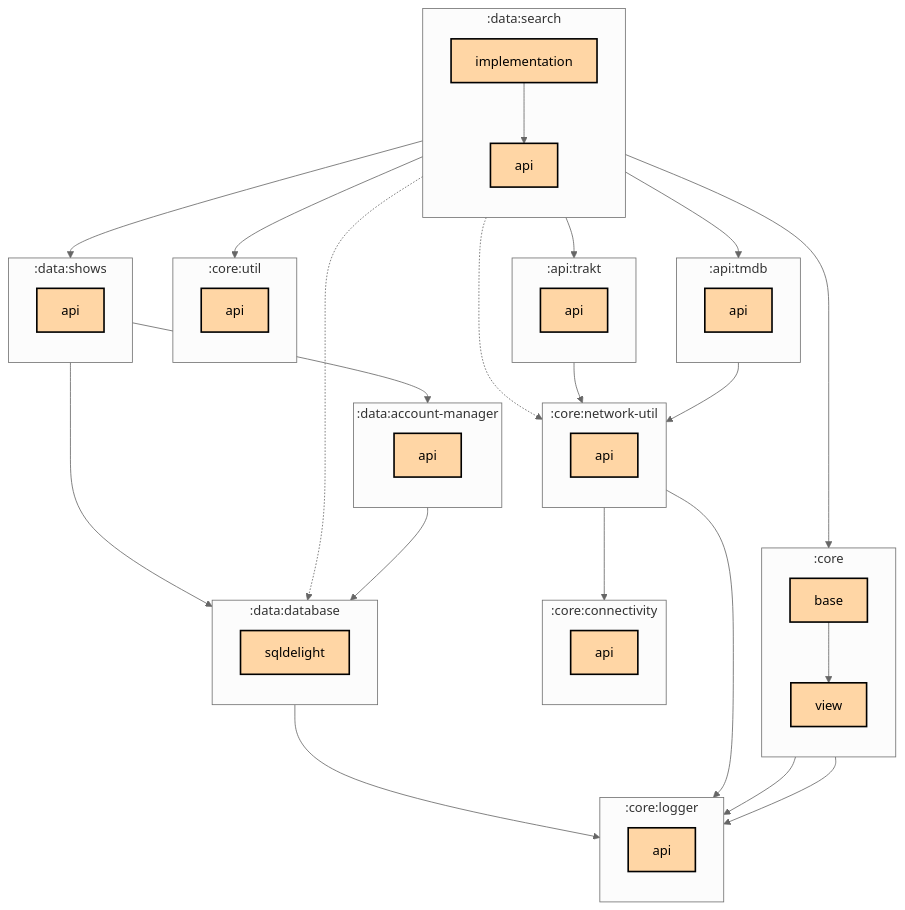
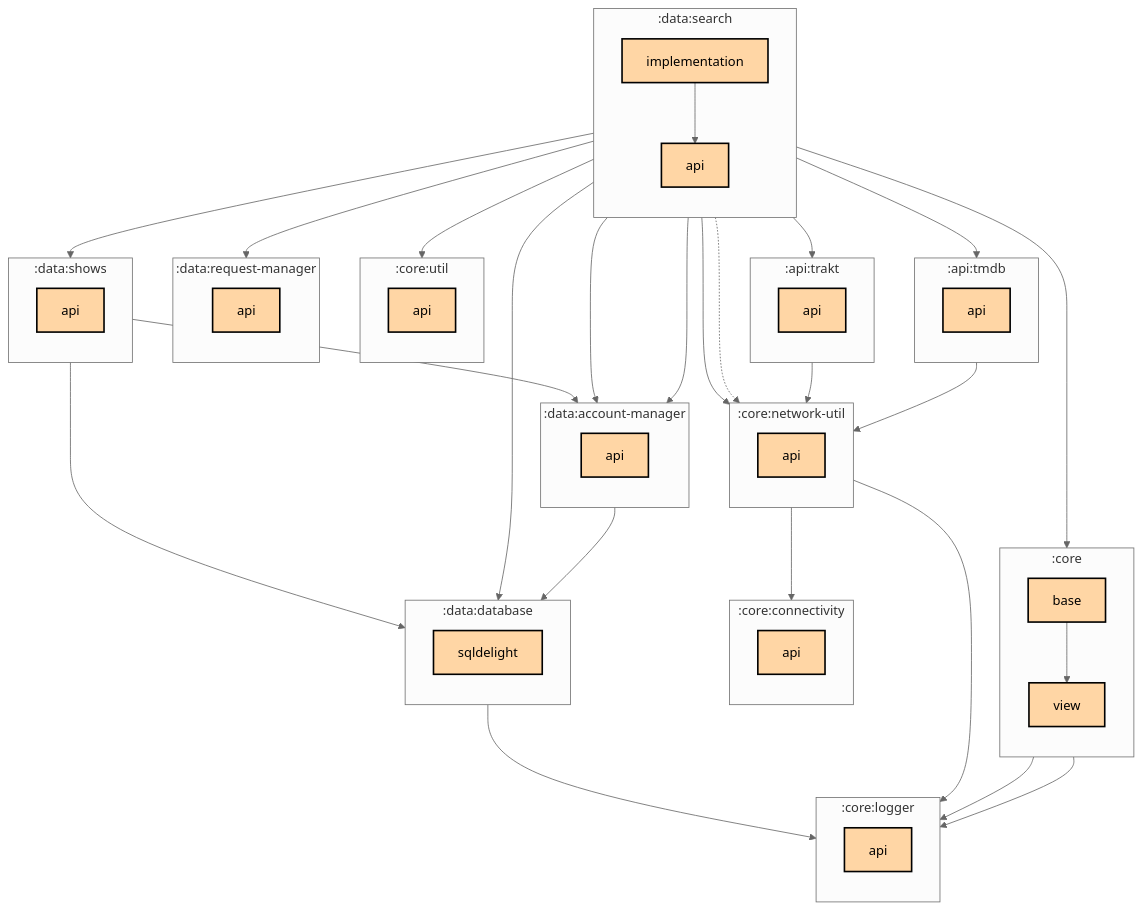
One commit to thomaskioko/tv-maniac changed the first of 2 diagrams in data/search/implementation/README.md. Above: the diagram before and after it, drawn with Mermaid (neutral theme). The commit also changed 62 other files, not shown here.

```diff
--- a/data/search/implementation/README.md
+++ b/data/search/implementation/README.md
@@ -42,6 +42,10 @@
     direction TB
     :data:database:sqldelight[sqldelight]:::multiplatform
   end
+  subgraph :data:request-manager
+    direction TB
+    :data:request-manager:api[api]:::multiplatform
+  end
   subgraph :data:search
     direction TB
     :data:search:api[api]:::multiplatform
@@ -61,13 +65,17 @@
   :core:view --> :core:logger:api
   :data:account-manager:api --> :data:database:sqldelight
   :data:database:sqldelight --> :core:logger:api
+  :data:search:api --> :core:network-util:api
+  :data:search:api --> :data:account-manager:api
   :data:search:api --> :data:shows:api
   :data:search:implementation --> :api:tmdb:api
   :data:search:implementation --> :api:trakt:api
   :data:search:implementation --> :core:base
   :data:search:implementation -.-> :core:network-util:api
   :data:search:implementation --> :core:util:api
-  :data:search:implementation -.-> :data:database:sqldelight
+  :data:search:implementation --> :data:account-manager:api
+  :data:search:implementation --> :data:database:sqldelight
+  :data:search:implementation --> :data:request-manager:api
   :data:search:implementation --> :data:search:api
   :data:shows:api --> :data:account-manager:api
   :data:shows:api --> :data:database:sqldelight
```
